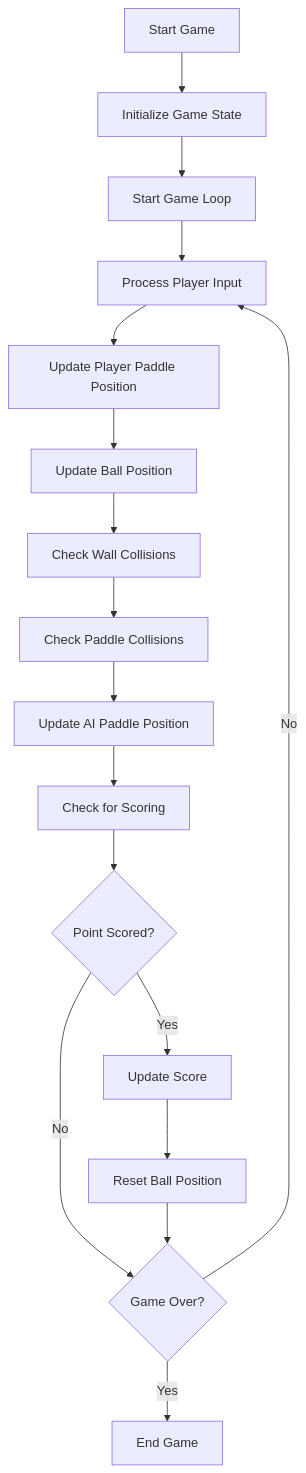
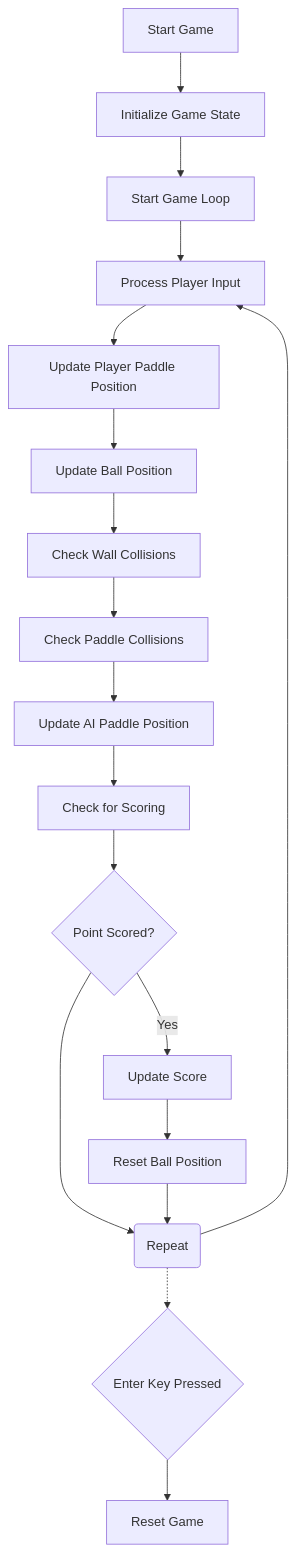
The diagram in README.md (figueiredoluiz/flutter-pong-clone), drawn with Mermaid before and after one commit.

Commit message:
fix: mermaid chart correction

````diff
--- a/README.md
+++ b/README.md
@@ -23,19 +23,20 @@
 ```mermaid
 flowchart TD
     A[Start Game] --> B[Initialize Game State]
     B --> C[Start Game Loop]
     C --> D[Process Player Input]
     D --> E[Update Player Paddle Position]
     E --> F[Update Ball Position]
     F --> G[Check Wall Collisions]
     G --> H[Check Paddle Collisions]
     H --> I[Update AI Paddle Position]
     I --> J[Check for Scoring]
     J --> K{Point Scored?}
     K -- Yes --> L[Update Score]
     L --> M[Reset Ball Position]
-    K -- No --> N{Game Over?}
+    K --> N(Repeat)
     M --> N
-    N -- No --> D
-    N -- Yes --> O[End Game]
+    N --> D
+    N -.-> O{Enter Key Pressed}
+    O --> P[Reset Game]
 ```
````
